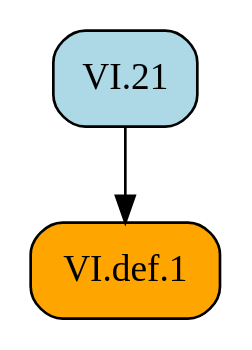
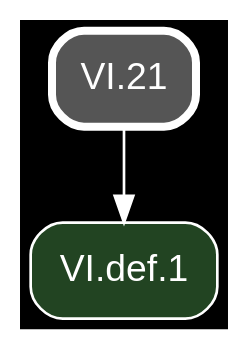
The diagram in docsrc/heath/VI/21/index.rst (geometor/elements), drawn with Graphviz before and after one commit. The commit also changed other lines of this file and 1200 other files, not shown here.

Commit message:
update dependency graphs

```diff
--- a/docsrc/heath/VI/21/index.rst
+++ b/docsrc/heath/VI/21/index.rst
@@ -37,9 +37,11 @@
 .. graphviz::
 
    digraph {
+     bgcolor="black";
+     node [shape=box, style="rounded,filled", fontname="Helvetica", color="white", fontcolor="white"];
+     edge [color="white", fontcolor="white"];
      rankdir="TB";
-     node [shape=box, style=rounded];
-     "VI.21" [style="rounded,filled", fillcolor=lightblue, URL="/heath/VI/21/", target="_top"];
-     "VI.def.1" [style="rounded,filled", fillcolor=orange, URL="/heath/VI/def.1/", target="_top"];
+     "VI.21" [penwidth=3, color="white", fillcolor="#555555", URL="/heath/VI/21/", target="_top"];
+     "VI.def.1" [fillcolor="#224422", URL="/heath/VI/def.1/", target="_top"];
      "VI.21" -> "VI.def.1";
    }
```
